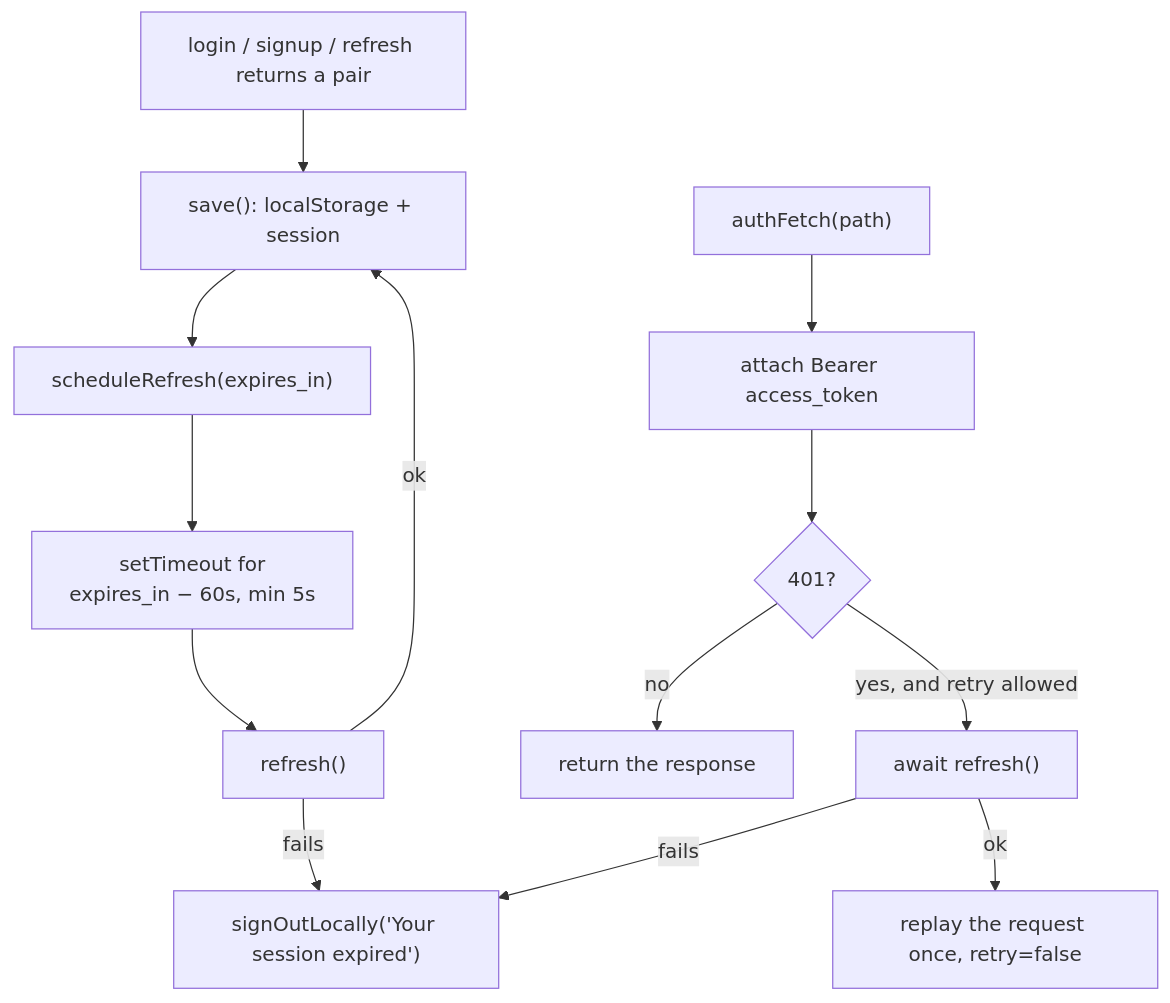
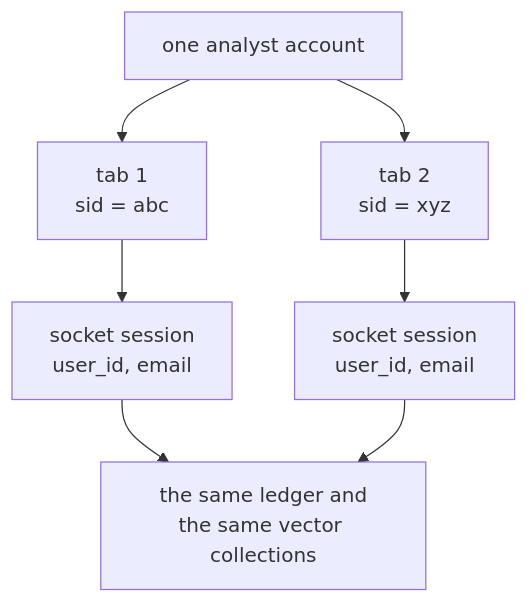
Before and after one commit to selvakumarperumal/Corporate_Filing_Analyzer_Agent: diagram 18 of 20 in docs/FRONTEND-SOCKETIO.md, drawn with Mermaid. The commit also changed other lines of this file and 3 other files, not shown here.

````diff
--- a/docs/FRONTEND-SOCKETIO.md
+++ b/docs/FRONTEND-SOCKETIO.md
@@ -1070,16 +1139,9 @@
 ```mermaid
 flowchart TD
-  L["login / signup / refresh returns a pair"] --> S["save(): localStorage + session"]
-  S --> T["scheduleRefresh(expires_in)"]
-  T --> D["setTimeout for<br/>expires_in − 60s, min 5s"]
-  D --> R["refresh()"]
-  R -- ok --> S
-  R -- fails --> O["signOutLocally('Your session expired')"]
-
-  F["authFetch(path)"] --> H["attach Bearer access_token"]
-  H --> Q{"401?"}
-  Q -- no --> RET["return the response"]
-  Q -- "yes, and retry allowed" --> R2["await refresh()"]
-  R2 -- ok --> RP["replay the request once, retry=false"]
-  R2 -- fails --> O
+  U["one analyst account"] --> T1["tab 1<br/>sid = abc"]
+  U --> T2["tab 2<br/>sid = xyz"]
+  T1 --> S1["socket session<br/>user_id, email"]
+  T2 --> S2["socket session<br/>user_id, email"]
+  S1 --> L["the same ledger and<br/>the same vector collections"]
+  S2 --> L
 ```
````
